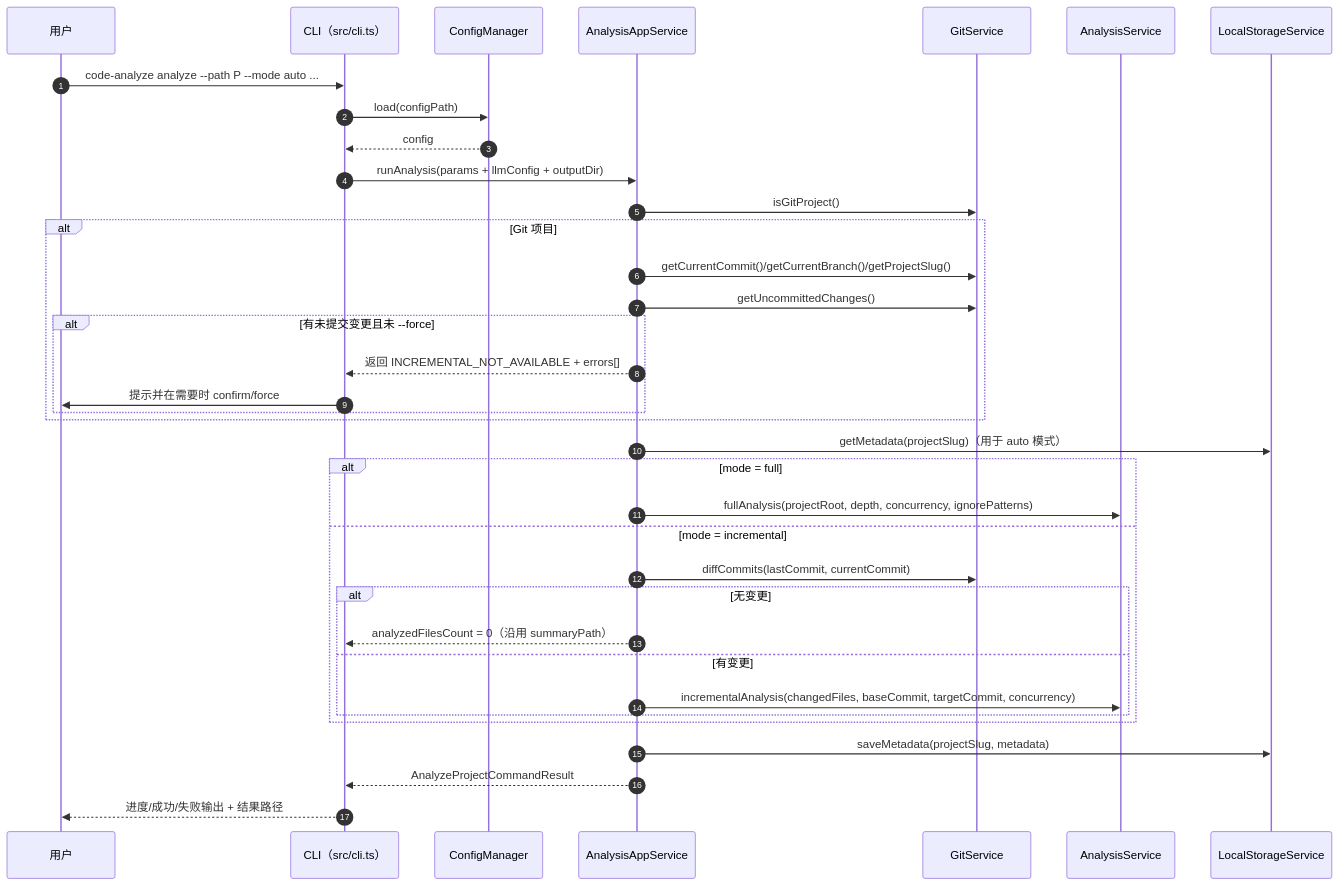
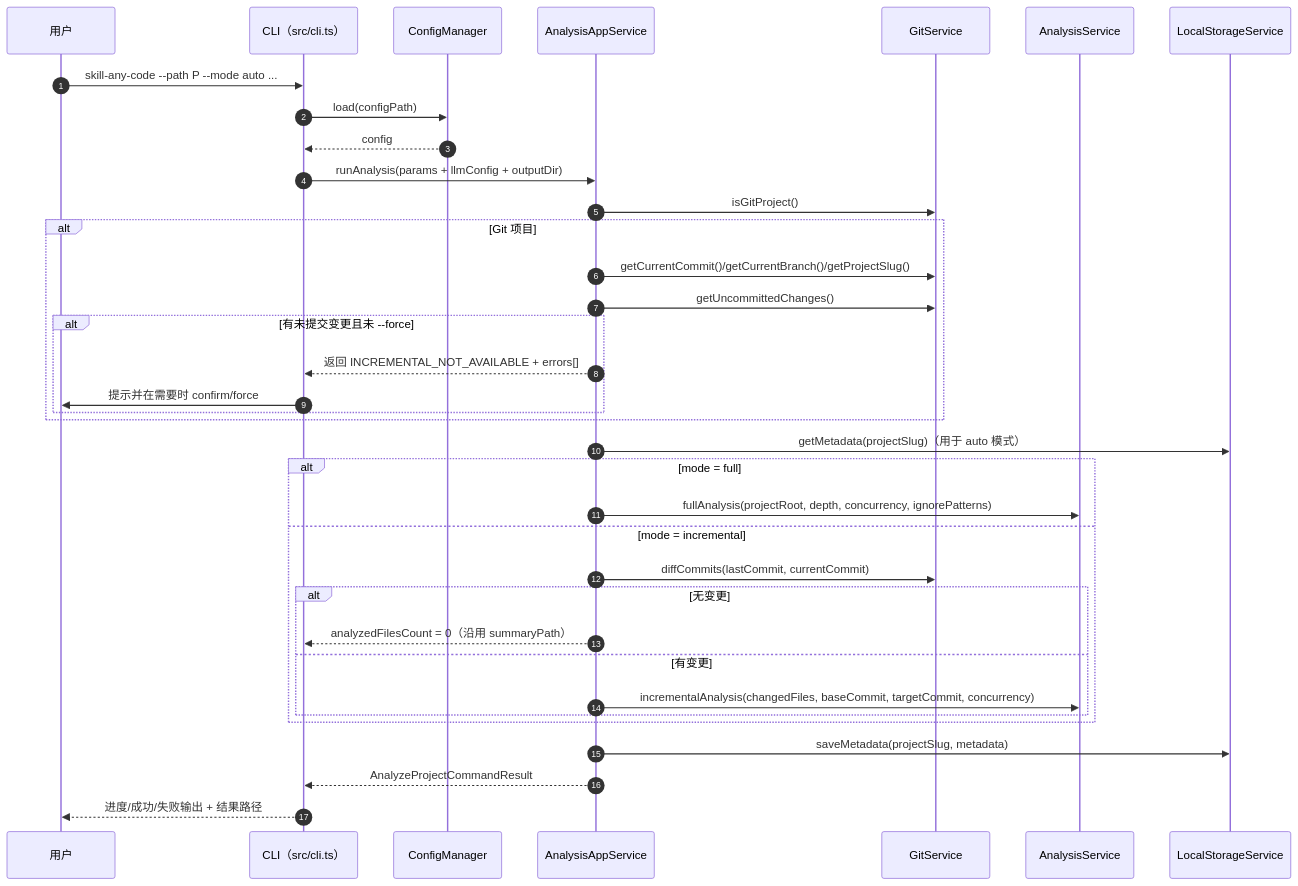
One commit to OneOfLzx/skills-any-code changed the third of 9 diagrams in docs/设计文档.md. Above: the diagram before and after it, drawn with Mermaid. The commit also changed other lines of this file and 81 other files, not shown here.

````diff
--- a/docs/设计文档.md
+++ b/docs/设计文档.md
@@ -281,39 +281,39 @@
 ```mermaid
 sequenceDiagram
   autonumber
   participant User as 用户
   participant CLI as CLI（src/cli.ts）
   participant CFG as ConfigManager
   participant AAS as AnalysisAppService
   participant GIT as GitService
   participant AS as AnalysisService
   participant STORE as LocalStorageService
 
-  User->>CLI: code-analyze analyze --path P --mode auto ...
+  User->>CLI: skill-any-code --path P --mode auto ...
   CLI->>CFG: load(configPath)
   CFG-->>CLI: config
   CLI->>AAS: runAnalysis(params + llmConfig + outputDir)
   AAS->>GIT: isGitProject()
   alt Git 项目
     AAS->>GIT: getCurrentCommit()/getCurrentBranch()/getProjectSlug()
     AAS->>GIT: getUncommittedChanges()
     alt 有未提交变更且未 --force
       AAS-->>CLI: 返回 INCREMENTAL_NOT_AVAILABLE + errors[]
       CLI->>User: 提示并在需要时 confirm/force
     end
   end
   AAS->>STORE: getMetadata(projectSlug)（用于 auto 模式）
   alt mode = full
     AAS->>AS: fullAnalysis(projectRoot, depth, concurrency, ignorePatterns)
   else mode = incremental
     AAS->>GIT: diffCommits(lastCommit, currentCommit)
     alt 无变更
       AAS-->>CLI: analyzedFilesCount = 0（沿用 summaryPath）
     else 有变更
       AAS->>AS: incrementalAnalysis(changedFiles, baseCommit, targetCommit, concurrency)
     end
   end
   AAS->>STORE: saveMetadata(projectSlug, metadata)
   AAS-->>CLI: AnalyzeProjectCommandResult
   CLI-->>User: 进度/成功/失败输出 + 结果路径
 ```
````
